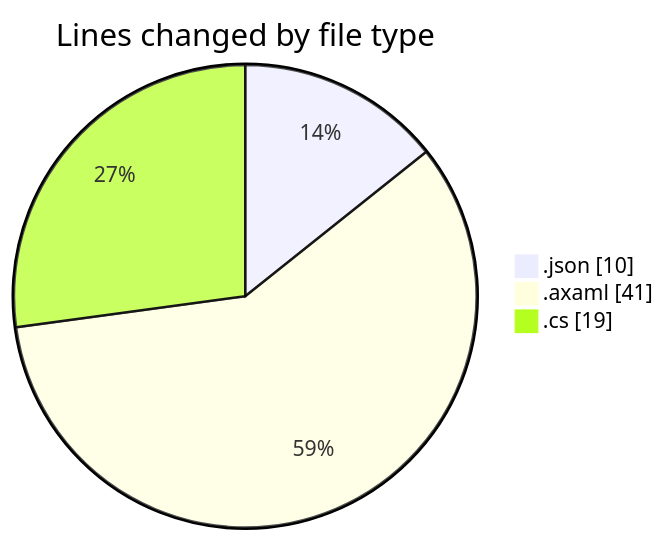
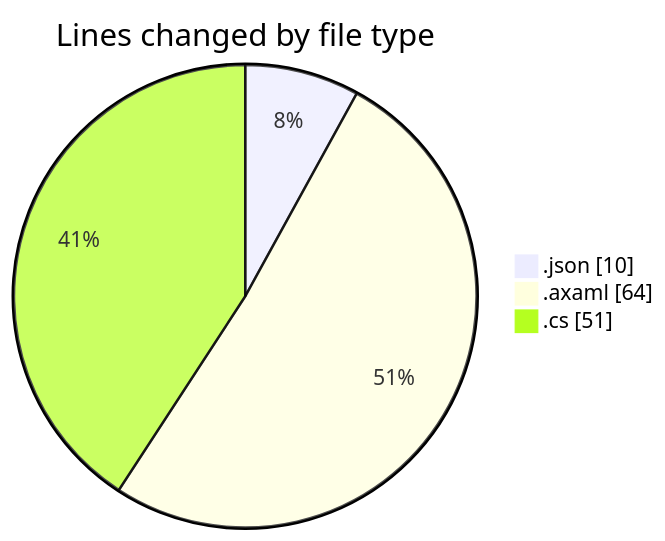
One commit to Netris89/code-tracking changed the first of 2 diagrams in 2025-10-15/skintrack/README.md. Above: the diagram before and after it, drawn with Mermaid. The commit also changed other lines of this file and 1 other file, not shown here.

````diff
--- a/2025-10-15/skintrack/README.md
+++ b/2025-10-15/skintrack/README.md
@@ -22,7 +23,7 @@
 ```mermaid
 pie showData
 title Lines changed by file type
 ".json" : 10
-".axaml" : 41
-".cs" : 19
+".axaml" : 64
+".cs" : 51
 ```
````
